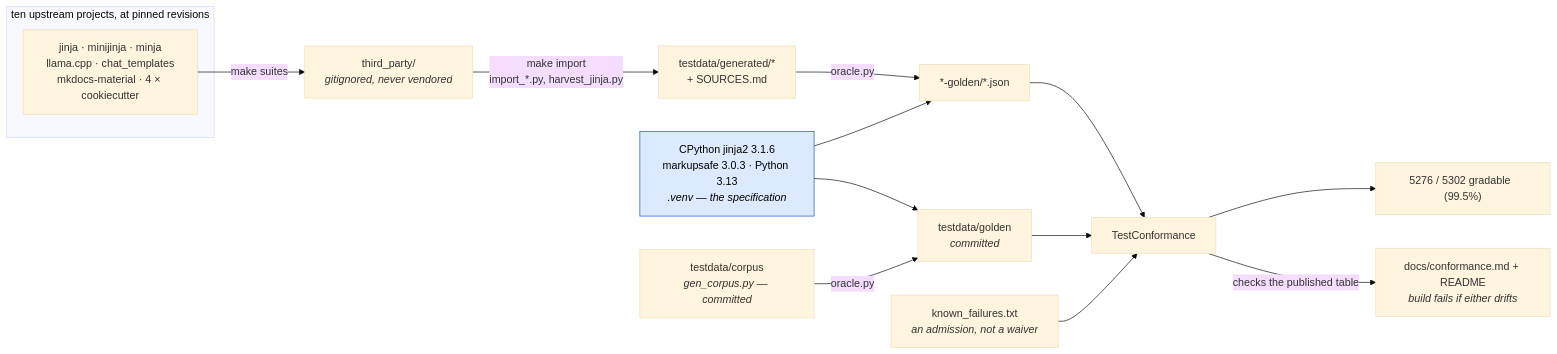
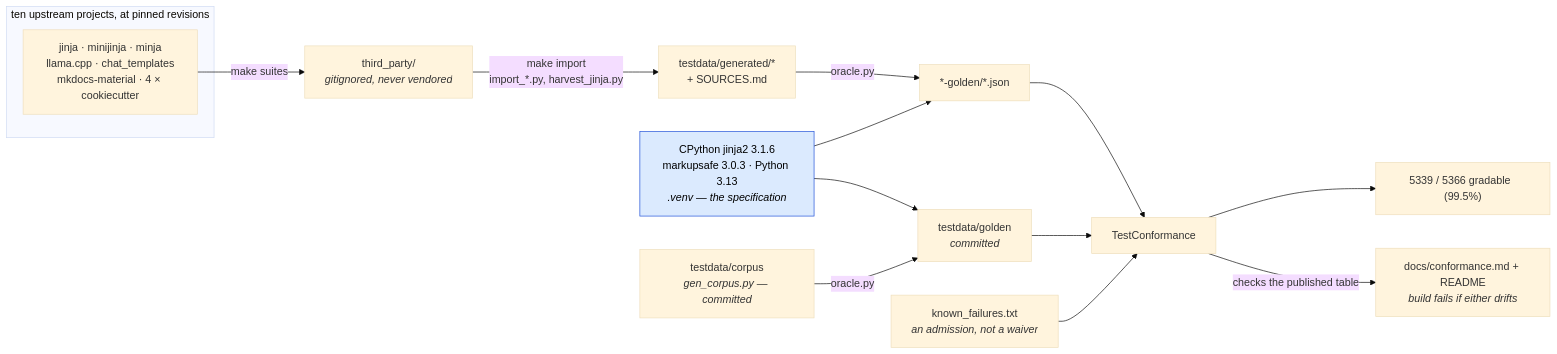
The first of 2 diagrams in docs/conformance.md (mgilbir/gojja2), drawn with Mermaid (base theme) before and after one commit. The commit also changed other lines of this file and 192 other files, not shown here.

````diff
--- a/docs/conformance.md
+++ b/docs/conformance.md
@@ -17,24 +17,24 @@
 ```mermaid
 flowchart LR
     subgraph up["ten upstream projects, at pinned revisions"]
         U1["jinja · minijinja · minja<br/>llama.cpp · chat_templates<br/>mkdocs-material · 4 × cookiecutter"]
     end
     U1 -->|"make suites"| TP["third_party/<br/><i>gitignored, never vendored</i>"]
     TP -->|"make import<br/>import_*.py, harvest_jinja.py"| GEN["testdata/generated/*<br/>+ SOURCES.md"]
 
     ORA["CPython jinja2 3.1.6<br/>markupsafe 3.0.3 · Python 3.13<br/><i>.venv — the specification</i>"]
     GEN -->|"oracle.py"| G2["*-golden/*.json"]
     ORA --> G2
 
     OWN["testdata/corpus<br/><i>gen_corpus.py — committed</i>"] -->|"oracle.py"| G1["testdata/golden<br/><i>committed</i>"]
     ORA --> G1
 
     G1 --> TC["TestConformance"]
     G2 --> TC
     KF["known_failures.txt<br/><i>an admission, not a waiver</i>"] --> TC
-    TC --> RATE["5276 / 5302 gradable  (99.5%)"]
+    TC --> RATE["5339 / 5366 gradable  (99.5%)"]
     TC -->|"checks the published table"| RM["docs/conformance.md + README<br/><i>build fails if either drifts</i>"]
 
     classDef spec fill:#dbeafe,stroke:#1d4ed8,color:#000
     class ORA spec
 ```
````
